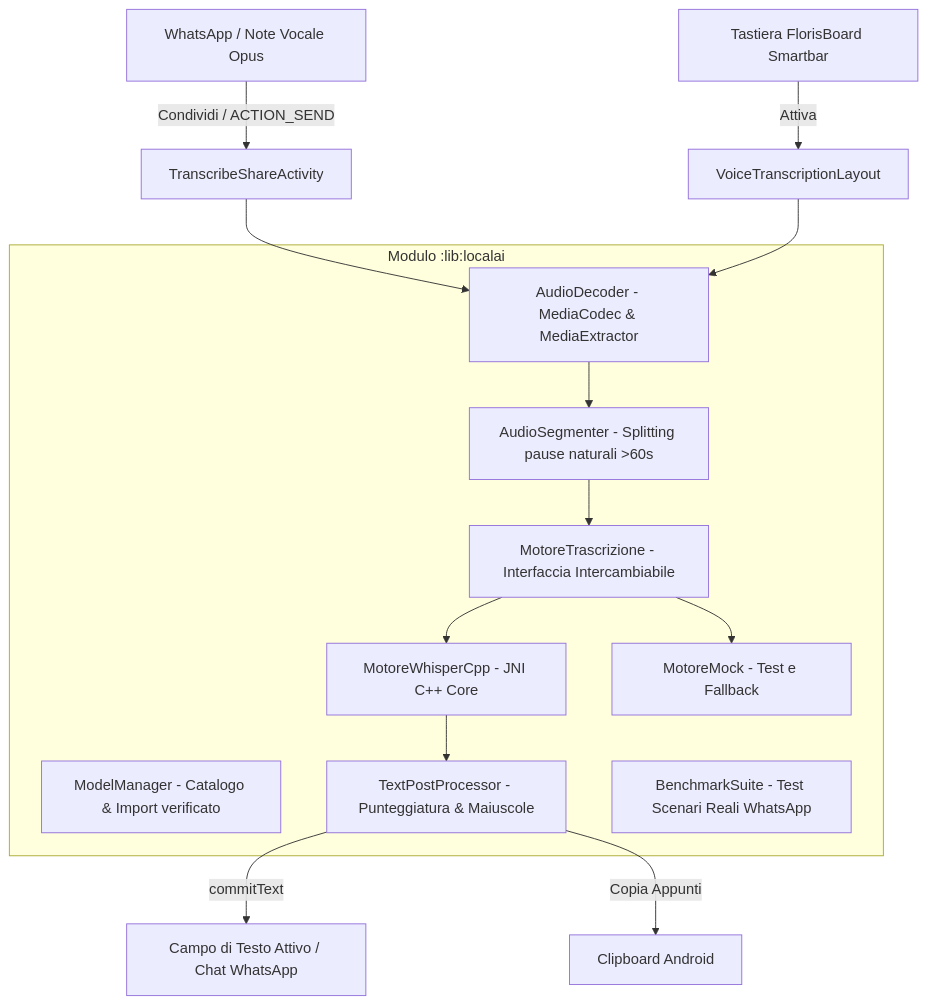
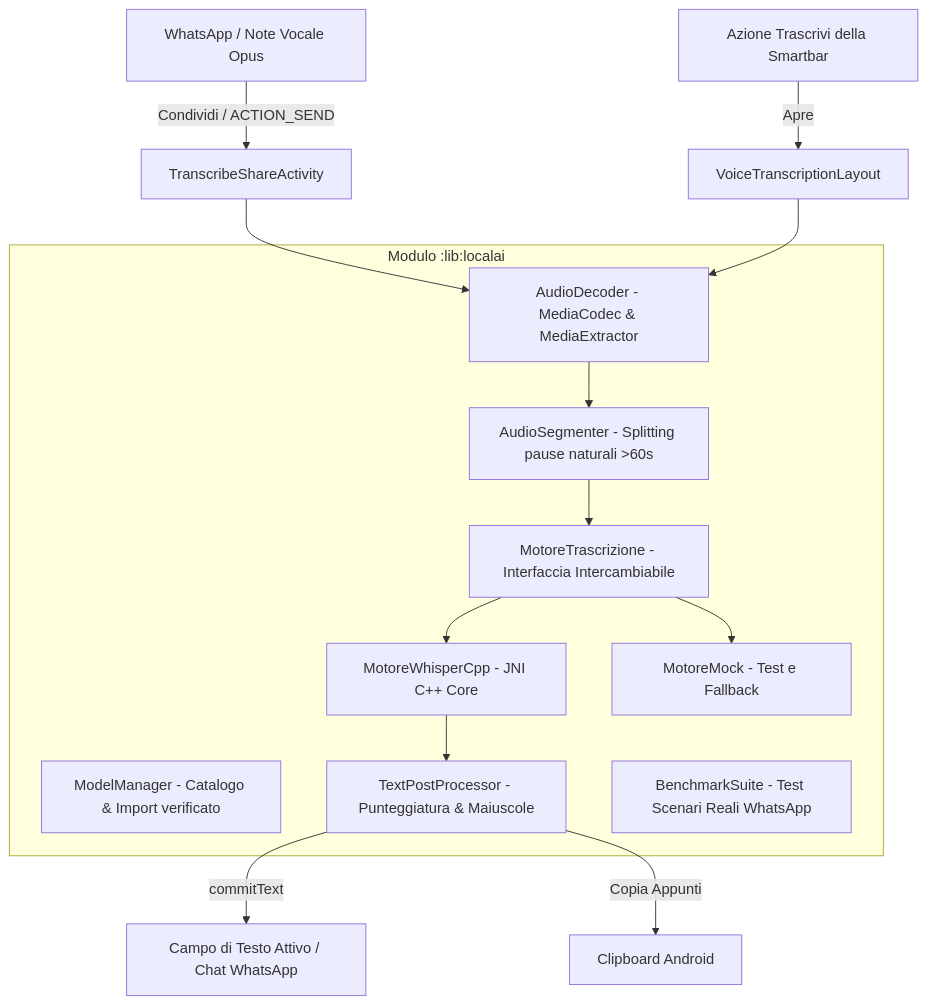
One commit to donatogranvilla/PoldoKeyboard changed the diagram in README_LOCALAI.md. Above: the diagram before and after it, drawn with Mermaid. The commit also changed other lines of this file and 9 other files, not shown here.

First line of the commit message:
Riallineamento 4/7: tasto voce ripristinato, azione Trascrivi separata

````diff
--- a/README_LOCALAI.md
+++ b/README_LOCALAI.md
@@ -16,26 +16,26 @@
 ```mermaid
 graph TD
     A[WhatsApp / Note Vocale Opus] -->|Condividi / ACTION_SEND| B[TranscribeShareActivity]
-    C[Tastiera FlorisBoard Smartbar] -->|Attiva| D[VoiceTranscriptionLayout]
+    C[Azione Trascrivi della Smartbar] -->|Apre| D[VoiceTranscriptionLayout]
 
     subgraph "Modulo :lib:localai"
         E[AudioDecoder - MediaCodec & MediaExtractor]
         F[AudioSegmenter - Splitting pause naturali >60s]
         G[MotoreTrascrizione - Interfaccia Intercambiabile]
         H[MotoreWhisperCpp - JNI C++ Core]
         I[MotoreMock - Test e Fallback]
         J[ModelManager - Catalogo & Import verificato]
         K[TextPostProcessor - Punteggiatura & Maiuscole]
         L[BenchmarkSuite - Test Scenari Reali WhatsApp]
     end
 
     B --> E
     D --> E
     E --> F
     F --> G
     G --> H
     G --> I
     H --> K
     K -->|commitText| M[Campo di Testo Attivo / Chat WhatsApp]
     K -->|Copia Appunti| N[Clipboard Android]
 ```
````
